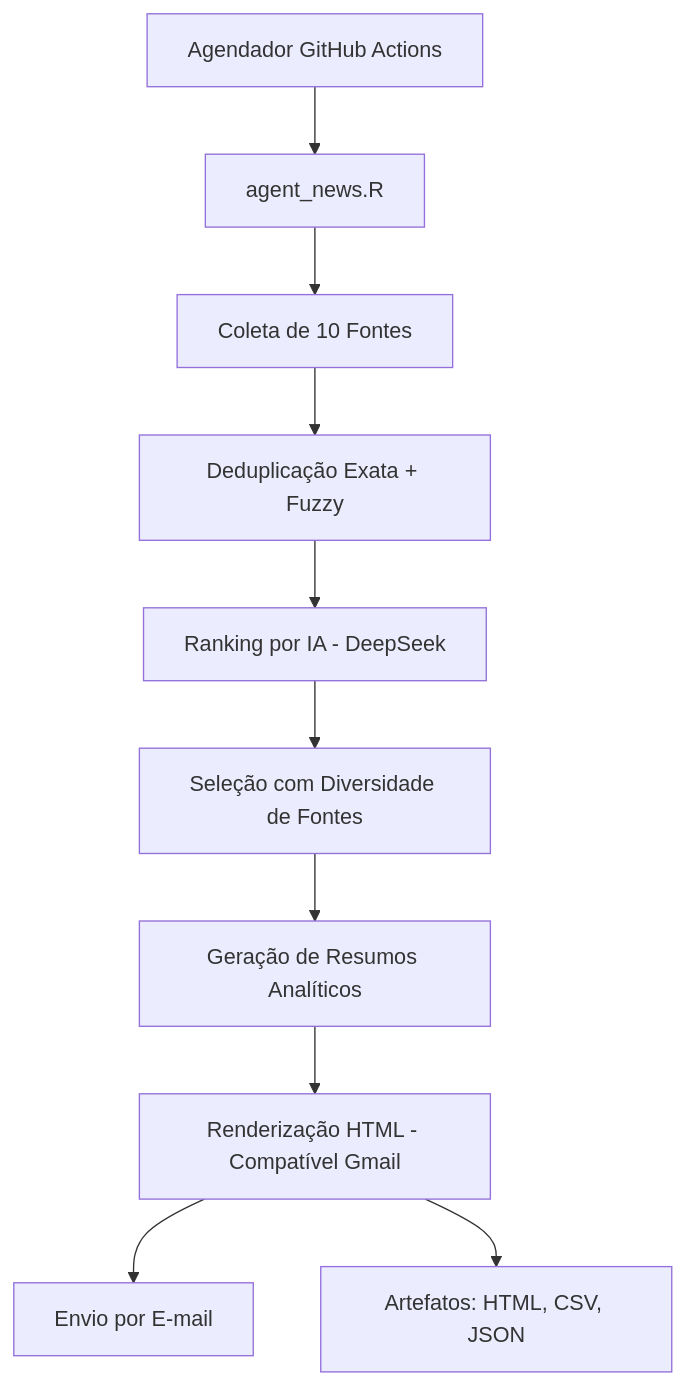
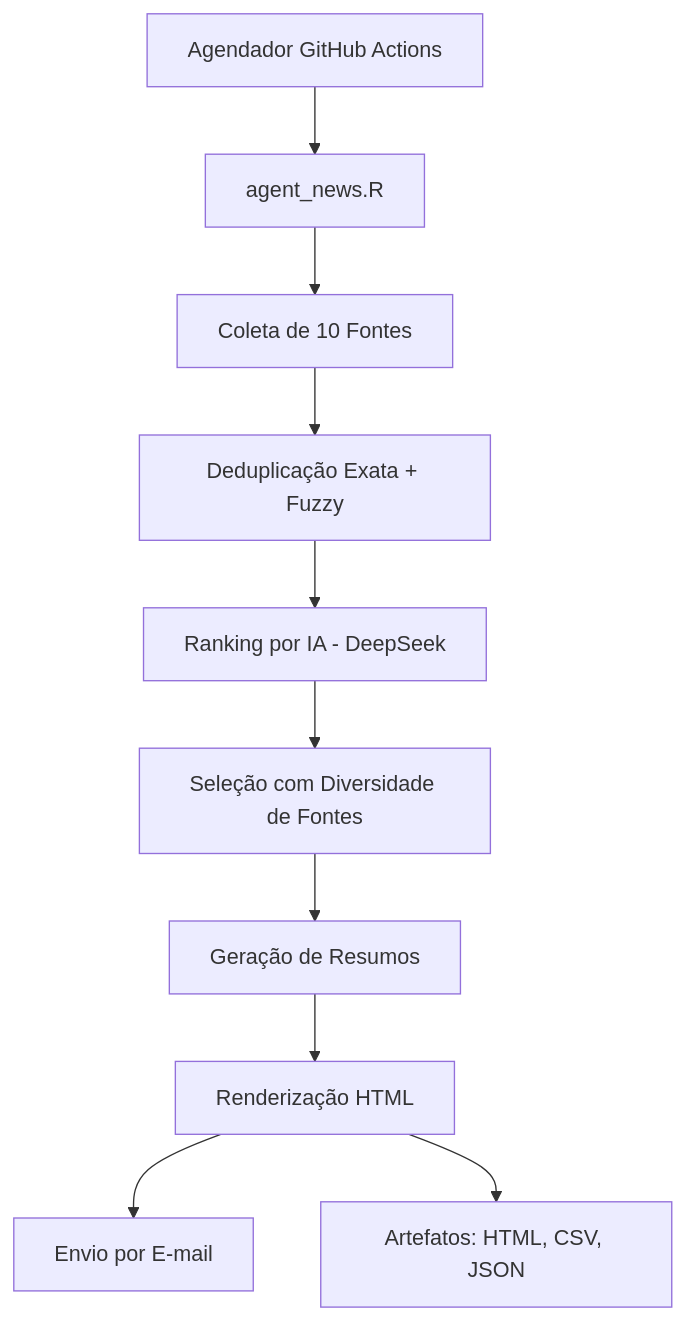
The diagram in README.md (santosry/agent-news), drawn with Mermaid before and after one commit.

````diff
--- a/README.md
+++ b/README.md
@@ -9,12 +9,12 @@
 ```mermaid
 graph TD
   A[Agendador GitHub Actions] --> B[agent_news.R]
   B --> C[Coleta de 10 Fontes]
   C --> D[Deduplicação Exata + Fuzzy]
   D --> E[Ranking por IA - DeepSeek]
   E --> F[Seleção com Diversidade de Fontes]
-  F --> G[Geração de Resumos Analíticos]
-  G --> H[Renderização HTML - Compatível Gmail]
+  F --> G[Geração de Resumos]
+  G --> H[Renderização HTML]
   H --> I[Envio por E-mail]
   H --> J[Artefatos: HTML, CSV, JSON]
 ```
````
